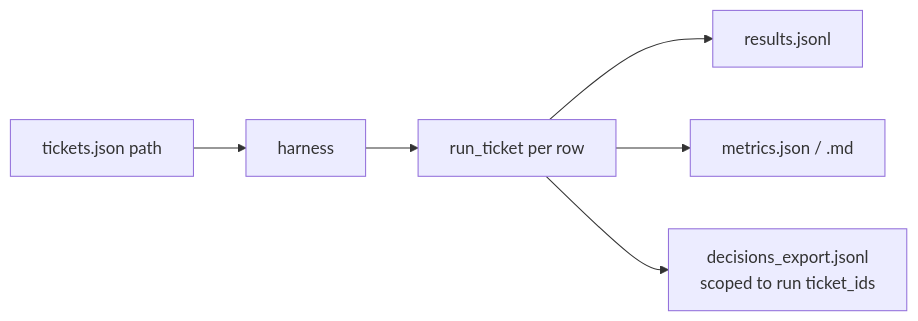
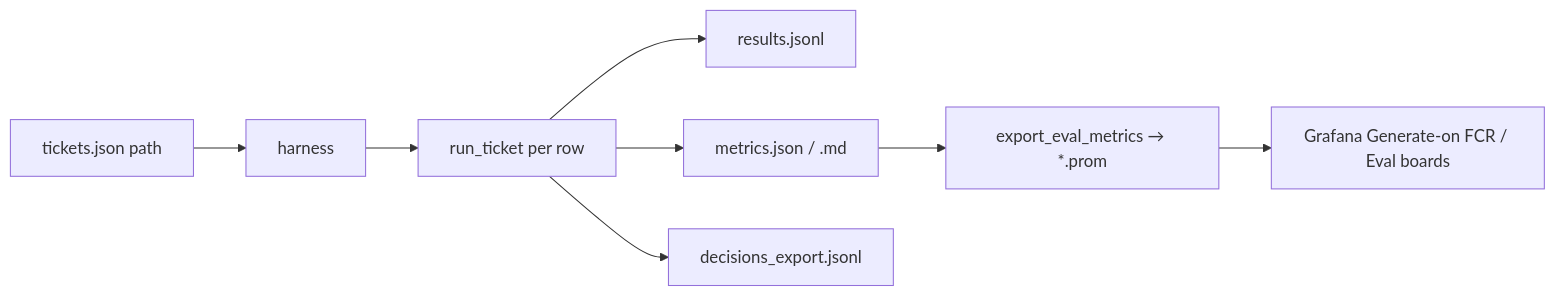
The fifth of 6 diagrams in docs/design/architecture/data-flow.md (learningsam20/cloudserve-assist), drawn with Mermaid before and after one commit. The commit also changed other lines of this file and 24 other files, not shown here.

````diff
--- a/docs/design/architecture/data-flow.md
+++ b/docs/design/architecture/data-flow.md
@@ -68,8 +85,10 @@
 ```mermaid
 flowchart LR
   IN[tickets.json path] --> H[harness]
   H --> G[run_ticket per row]
   G --> OUT[results.jsonl]
   G --> M[metrics.json / .md]
-  G --> D[decisions_export.jsonl<br/>scoped to run ticket_ids]
+  G --> D[decisions_export.jsonl]
+  M --> EXP[export_eval_metrics → *.prom]
+  EXP --> GRAF[Grafana Generate-on FCR / Eval boards]
 ```
````
